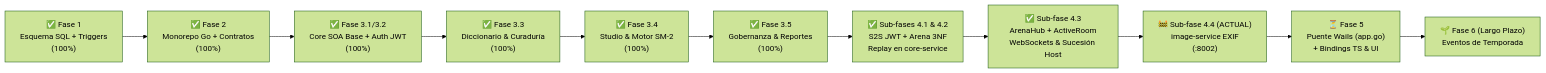
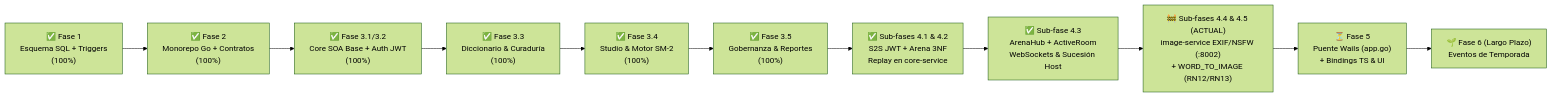
The diagram in .context/PLAN.md (OGShawnLee/palabrario), drawn with Mermaid (forest theme) before and after one commit. The commit also changed other lines of this file and 5 other files, not shown here.

First line of the commit message:
docs: add multimedia support, RN12/RN13 business rules, and WORD_TO_IMAGE modality

````diff
--- a/.context/PLAN.md
+++ b/.context/PLAN.md
@@ -29,13 +29,13 @@
 ```mermaid
 flowchart LR
     F1["✅ Fase 1\nEsquema SQL + Triggers\n(100%)"] --> F2["✅ Fase 2\nMonorepo Go + Contratos\n(100%)"]
     F2 --> F31["✅ Fase 3.1/3.2\nCore SOA Base + Auth JWT\n(100%)"]
     F31 --> F33["✅ Fase 3.3\nDiccionario & Curaduría\n(100%)"]
     F33 --> F34["✅ Fase 3.4\nStudio & Motor SM-2\n(100%)"]
     F34 --> F35["✅ Fase 3.5\nGobernanza & Reportes\n(100%)"]
     F35 --> F41["✅ Sub-fases 4.1 & 4.2\nS2S JWT + Arena 3NF\nReplay en core-service"]
     F41 --> F43["✅ Sub-fase 4.3\nArenaHub + ActiveRoom\nWebSockets & Sucesión Host"]
-    F43 --> F44["🚧 Sub-fase 4.4 (ACTUAL)\nimage-service EXIF\n(:8002)"]
+    F43 --> F44["🚧 Sub-fases 4.4 & 4.5 (ACTUAL)\nimage-service EXIF/NSFW (:8002)\n+ WORD_TO_IMAGE (RN12/RN13)"]
     F44 --> F5["⏳ Fase 5\nPuente Wails (app.go)\n+ Bindings TS & UI"]
     F5 --> F6["🌱 Fase 6 (Largo Plazo)\nEventos de Temporada"]
 ```
````
